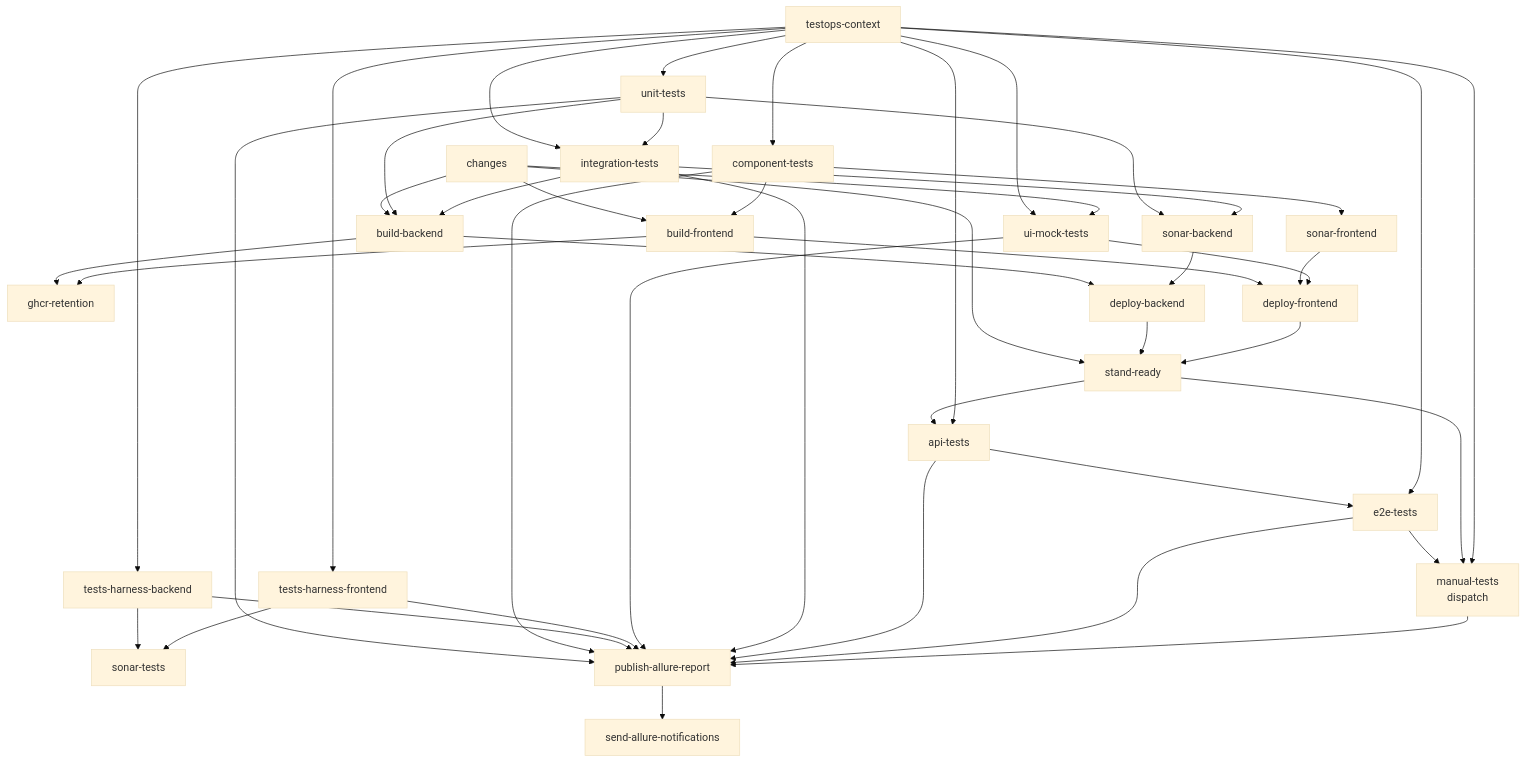
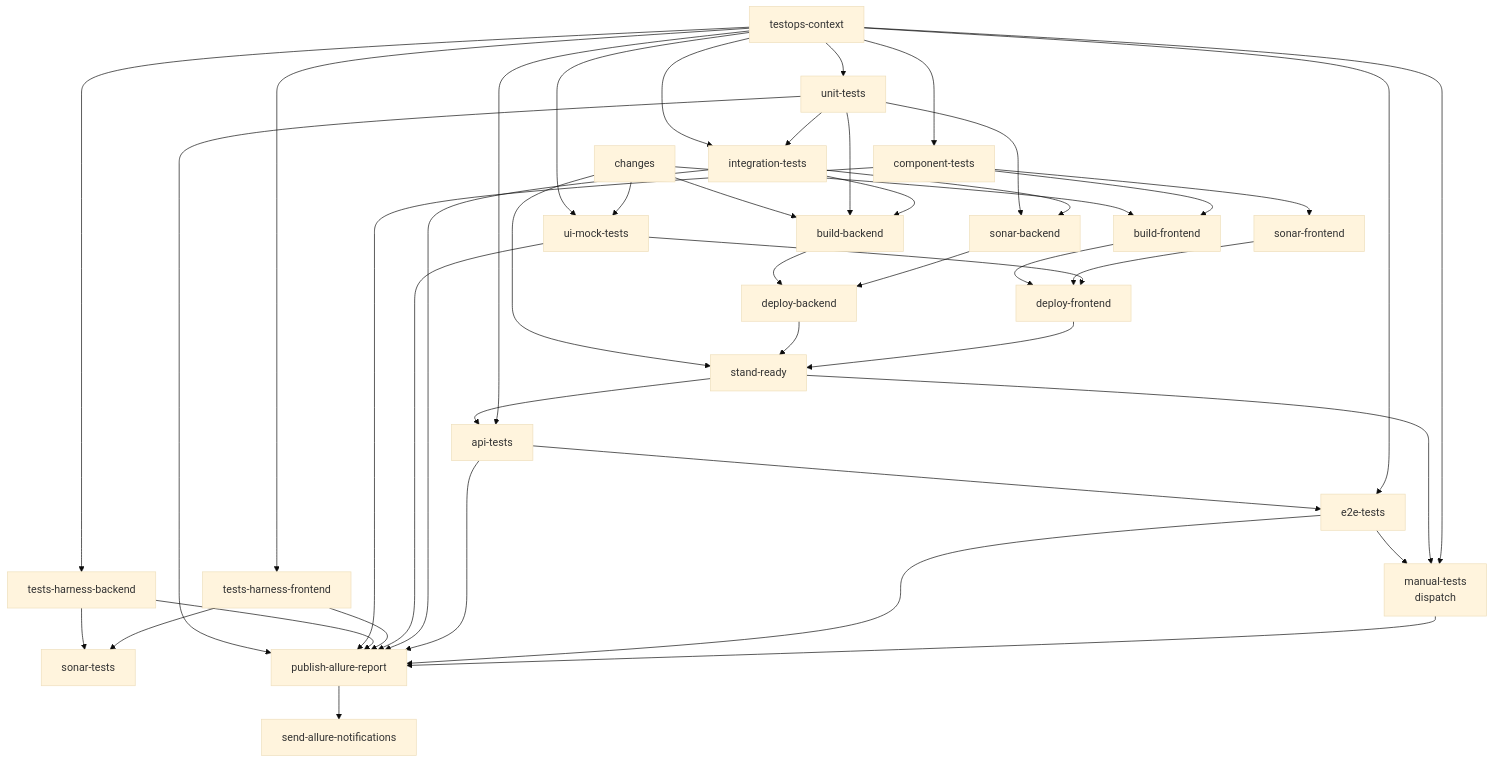
The diagram in README.md (autotests-ai/autotests-ai-multistack-app), drawn with Mermaid (base theme) before and after one commit. The commit also changed other lines of this file and 2 other files, not shown here.

First line of the commit message:
ci: move GHCR janitor off the teaching pipeline graph

````diff
--- a/README.md
+++ b/README.md
@@ -77,52 +77,51 @@
 ```mermaid
 flowchart TB
   TOC[testops-context]
   CH[changes]
 
   TOC --> UNIT[unit-tests]
   TOC --> COMP[component-tests]
   TOC --> HB[tests-harness-backend]
   TOC --> HF[tests-harness-frontend]
   TOC --> MOCK[ui-mock-tests]
   TOC --> INT[integration-tests]
 
   CH --> MOCK
   CH --> BB
   CH --> BF
   CH --> READY
 
   UNIT --> INT
   UNIT --> SB[sonar-backend]
   INT --> SB
   COMP --> SF[sonar-frontend]
   HB --> ST[sonar-tests]
   HF --> ST
 
   UNIT --> BB[build-backend]
   INT --> BB
   COMP --> BF[build-frontend]
-  BB & BF --> GHCR[ghcr-retention]
 
   BB --> DB[deploy-backend]
   SB --> DB
 
   BF --> DF[deploy-frontend]
   SF --> DF
   MOCK --> DF
 
   DB --> READY[stand-ready]
   DF --> READY
 
   READY --> API[api-tests]
   TOC --> API
 
   API --> E2E[e2e-tests]
   TOC --> E2E
 
   E2E --> MAN[manual-tests<br/>dispatch]
   READY --> MAN
   TOC --> MAN
 
   UNIT & COMP & HB & HF & MOCK & INT & API & E2E & MAN --> PUB[publish-allure-report]
   PUB --> NTF[send-allure-notifications]
 ```
````
